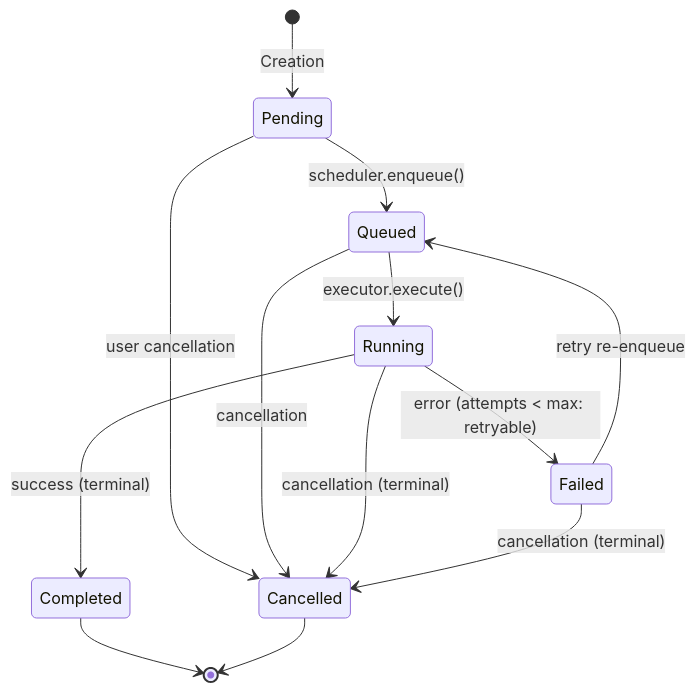
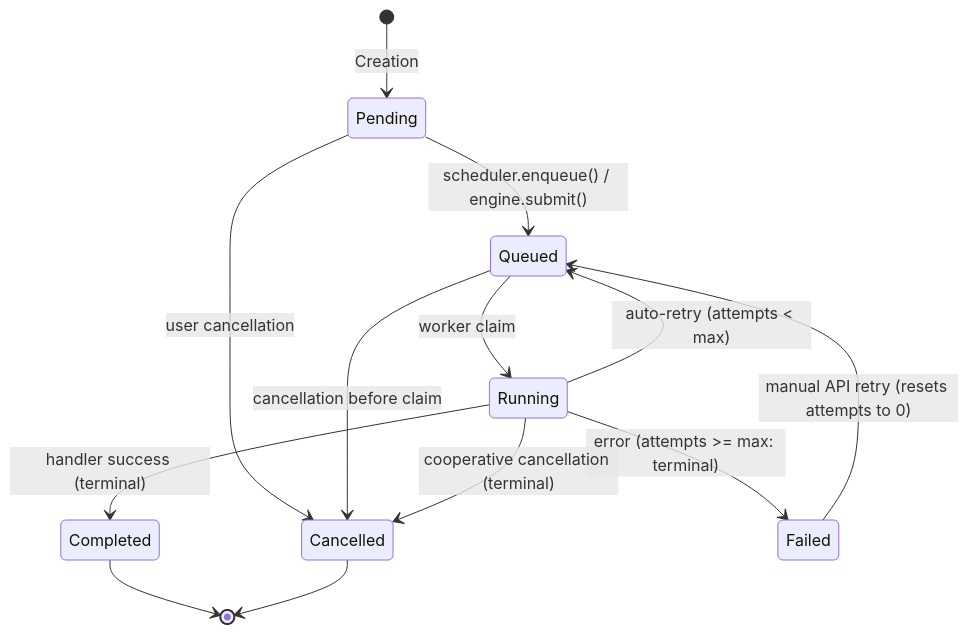
One commit to VinayKumarMakvana/TASKMESH changed the second of 2 diagrams in docs/architecture.md. Above: the diagram before and after it, drawn with Mermaid. The commit also changed other lines of this file and 11 other files, not shown here.

````diff
--- a/docs/architecture.md
+++ b/docs/architecture.md
@@ -61,15 +63,15 @@
 ```mermaid
 stateDiagram-v2
     [*] --> Pending : Creation
-    Pending --> Queued : scheduler.enqueue()
+    Pending --> Queued : scheduler.enqueue() / engine.submit()
     Pending --> Cancelled : user cancellation
-    Queued --> Running : executor.execute()
-    Queued --> Cancelled : cancellation
-    Running --> Completed : success (terminal)
-    Running --> Failed : error (attempts < max: retryable)
-    Running --> Cancelled : cancellation (terminal)
-    Failed --> Queued : retry re-enqueue
-    Failed --> Cancelled : cancellation (terminal)
+    Queued --> Running : worker claim
+    Queued --> Cancelled : cancellation before claim
+    Running --> Completed : handler success (terminal)
+    Running --> Failed : error (attempts >= max: terminal)
+    Running --> Queued : auto-retry (attempts < max)
+    Running --> Cancelled : cooperative cancellation (terminal)
+    Failed --> Queued : manual API retry (resets attempts to 0)
     Completed --> [*]
     Cancelled --> [*]
 ```
````
